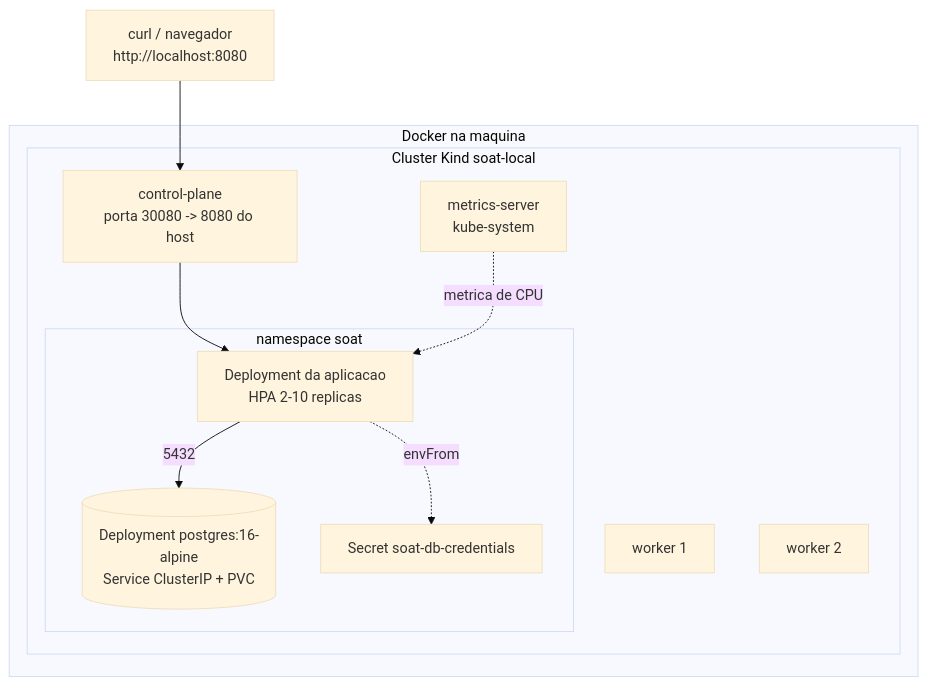
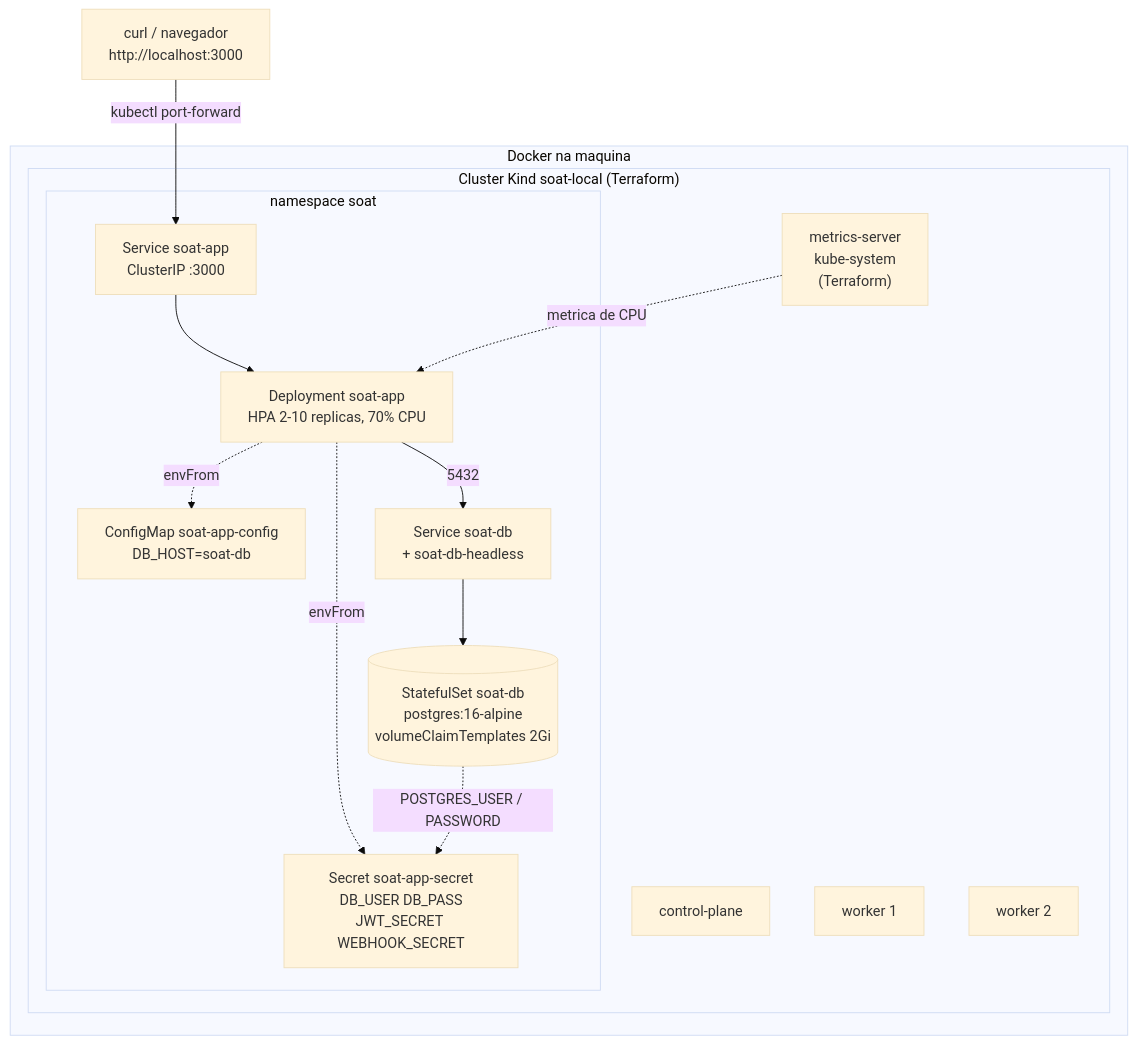
The second of 2 diagrams in infra/README.md (gomes-leonardo/fiap-software-architecture), drawn with Mermaid (base theme) before and after one commit. The commit also changed other lines of this file and 4 other files, not shown here.

````diff
--- a/infra/README.md
+++ b/infra/README.md
@@ -82,25 +91,29 @@
 ```mermaid
 flowchart TB
-    browser["curl / navegador<br/>http://localhost:8080"]
+    dev["curl / navegador<br/>http://localhost:3000"]
 
     subgraph DOCKER["Docker na maquina"]
-        subgraph KIND["Cluster Kind soat-local"]
-            CP["control-plane<br/>porta 30080 -> 8080 do host"]
+        subgraph KIND["Cluster Kind soat-local (Terraform)"]
+            CP[control-plane]
             W1[worker 1]
             W2[worker 2]
+            MS["metrics-server<br/>kube-system<br/>(Terraform)"]
 
             subgraph NS["namespace soat"]
-                APP["Deployment da aplicacao<br/>HPA 2-10 replicas"]
-                PG[("Deployment postgres:16-alpine<br/>Service ClusterIP + PVC")]
-                SEC["Secret soat-db-credentials"]
+                SVCAPP["Service soat-app<br/>ClusterIP :3000"]
+                APP["Deployment soat-app<br/>HPA 2-10 replicas, 70% CPU"]
+                CM["ConfigMap soat-app-config<br/>DB_HOST=soat-db"]
+                SEC["Secret soat-app-secret<br/>DB_USER DB_PASS<br/>JWT_SECRET WEBHOOK_SECRET"]
+                SVCDB["Service soat-db<br/>+ soat-db-headless"]
+                PG[("StatefulSet soat-db<br/>postgres:16-alpine<br/>volumeClaimTemplates 2Gi")]
             end
-
-            MS["metrics-server<br/>kube-system"]
         end
     end
 
-    browser --> CP --> APP
-    APP -->|5432| PG
+    dev -->|kubectl port-forward| SVCAPP --> APP
+    APP -->|5432| SVCDB --> PG
+    APP -.->|envFrom| CM
     APP -.->|envFrom| SEC
+    PG -.->|POSTGRES_USER / PASSWORD| SEC
     MS -.->|metrica de CPU| APP
 ```
````
